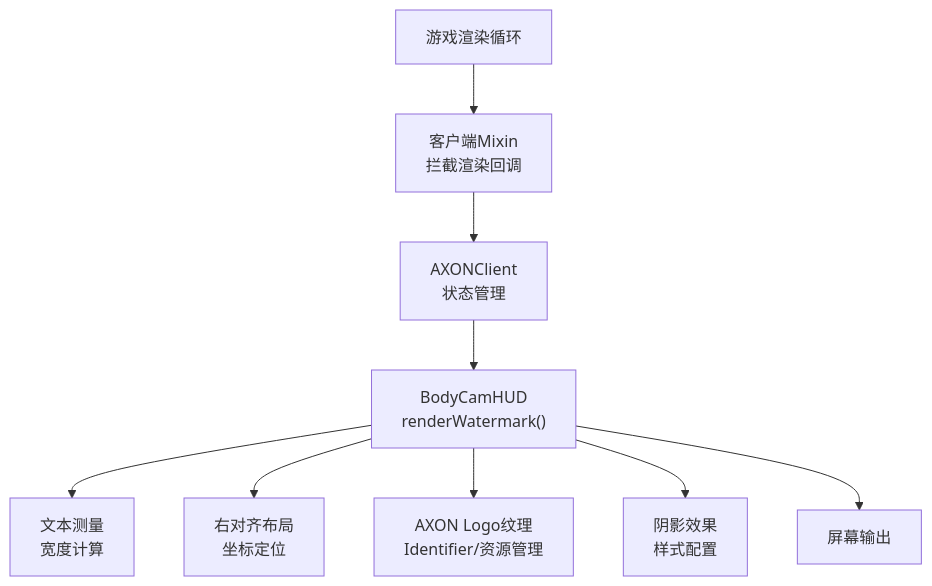
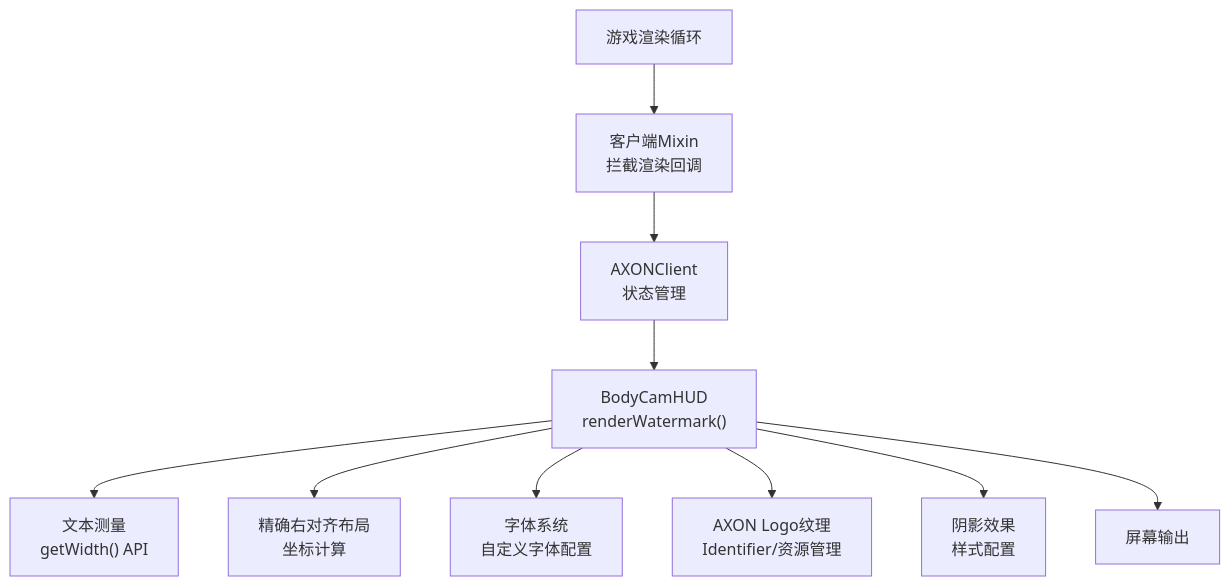
Before and after one commit to Manager20211/AxonBodyCam2: the second of 5 diagrams in .qoder/repowiki/zh/content/核心功能/水印显示功能.md, drawn with Mermaid. The commit also changed other lines of this file and 11 other files, not shown here.

````diff
--- a/.qoder/repowiki/zh/content/核心功能/水印显示功能.md
+++ b/.qoder/repowiki/zh/content/核心功能/水印显示功能.md
@@ -82,11 +106,12 @@
 ```mermaid
 graph TB
 Game["游戏渲染循环"] --> MixinClient["客户端Mixin<br/>拦截渲染回调"]
 MixinClient --> AXONClient["AXONClient<br/>状态管理"]
 AXONClient --> HUD["BodyCamHUD<br/>renderWatermark()"]
-HUD --> TextMeasure["文本测量<br/>宽度计算"]
-HUD --> Layout["右对齐布局<br/>坐标定位"]
+HUD --> TextMeasure["文本测量<br/>getWidth() API"]
+HUD --> Layout["精确右对齐布局<br/>坐标计算"]
+HUD --> FontSystem["字体系统<br/>自定义字体配置"]
 HUD --> Texture["AXON Logo纹理<br/>Identifier/资源管理"]
 HUD --> Shadow["阴影效果<br/>样式配置"]
 HUD --> Output["屏幕输出"]
 ```
````
